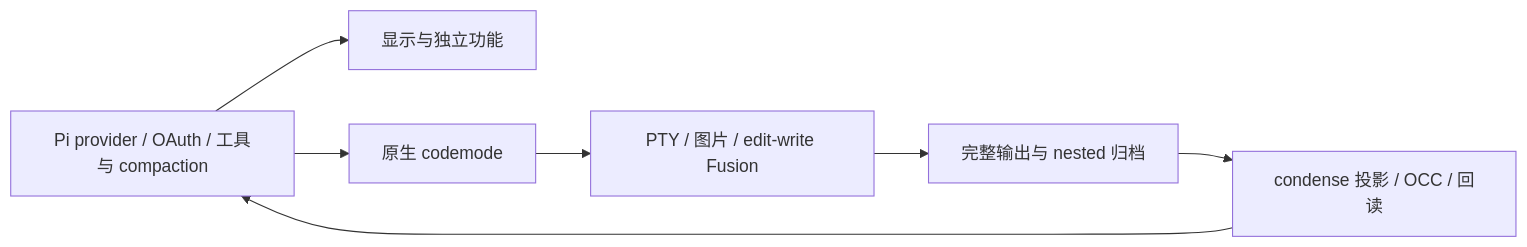
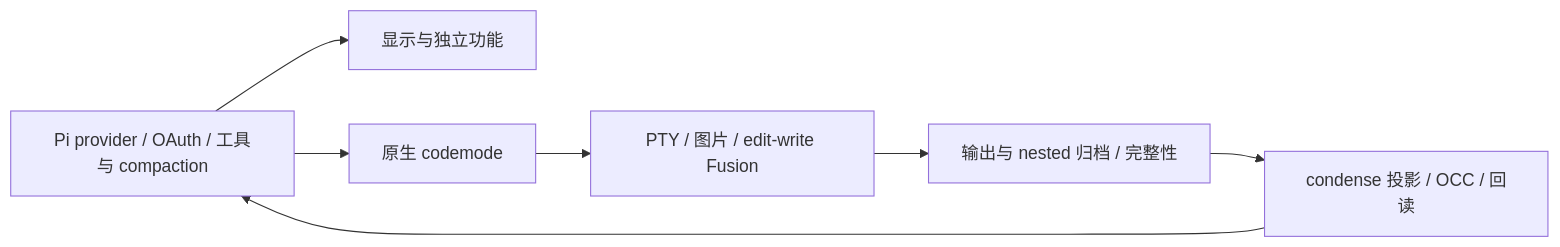
One commit to Rycen7822/metis-pi changed the diagram in docs/architecture.md. Above: the diagram before and after it, drawn with Mermaid. The commit also changed other lines of this file and 158 other files, not shown here.

````diff
--- a/docs/architecture.md
+++ b/docs/architecture.md
@@ -41,9 +43,9 @@
 ```mermaid
 flowchart LR
     Pi[Pi provider / OAuth / 工具与 compaction] --> UI[显示与独立功能]
     Pi --> Native[原生 codemode]
     Native --> Tools[PTY / 图片 / edit-write Fusion]
-    Tools --> Archive[完整输出与 nested 归档]
+    Tools --> Archive[输出与 nested 归档 / 完整性]
     Archive --> Condense[condense 投影 / OCC / 回读]
     Condense --> Pi
 ```
````
